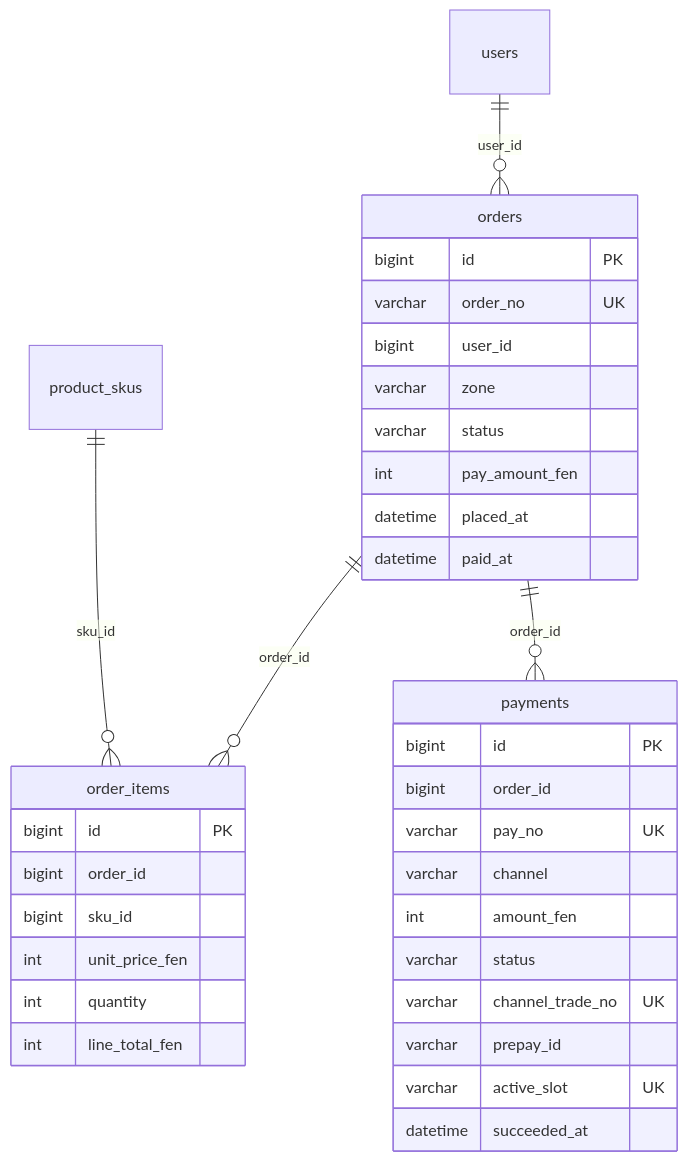
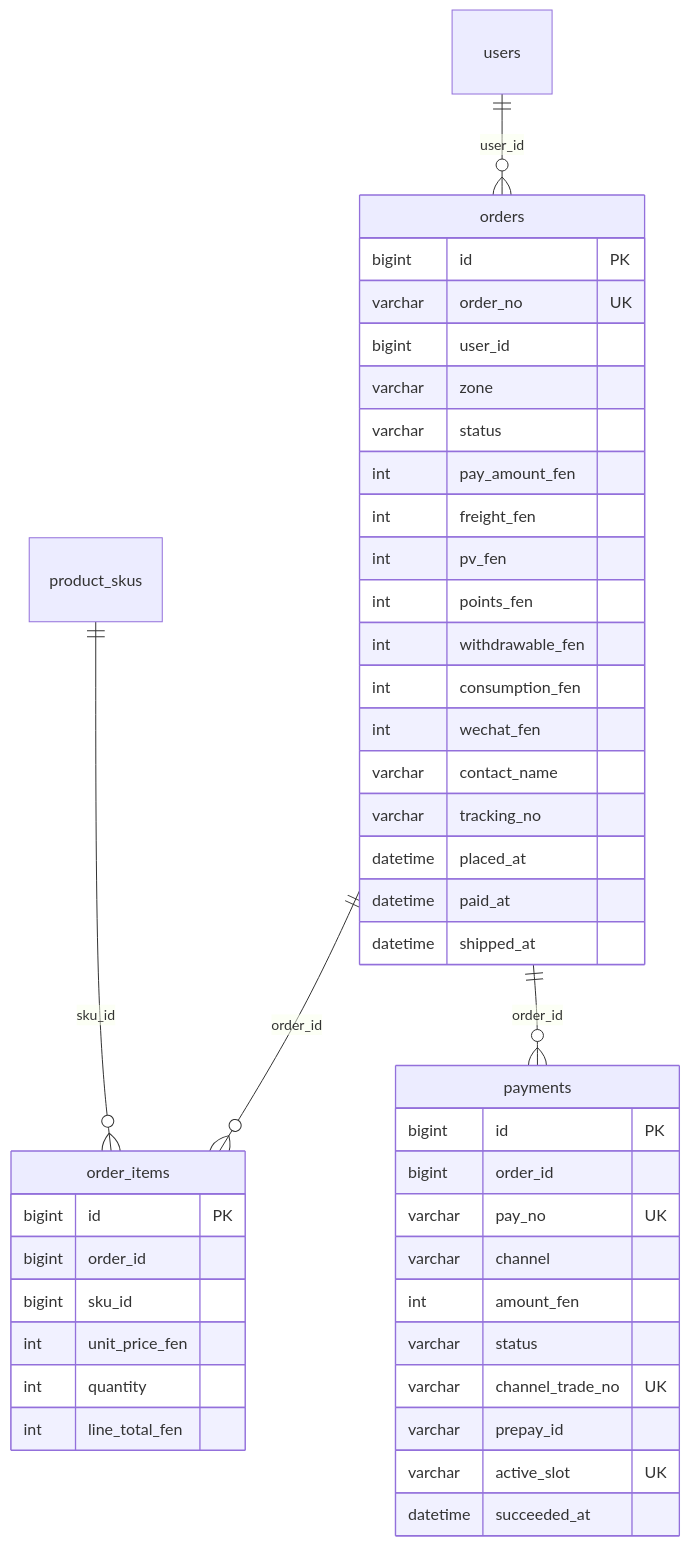
The third of 7 diagrams in docs/er.md (songyunhmiLY/aurel-mall-api), drawn with Mermaid before and after one commit. The commit also changed other lines of this file and 42 other files, not shown here.

````diff
--- a/docs/er.md
+++ b/docs/er.md
@@ -129,38 +131,47 @@
 ```mermaid
 erDiagram
   users ||--o{ orders : "user_id"
   orders ||--o{ order_items : "order_id"
   product_skus ||--o{ order_items : "sku_id"
   orders ||--o{ payments : "order_id"
 
   orders {
     bigint id PK
     varchar order_no UK
     bigint user_id
     varchar zone
     varchar status
     int pay_amount_fen
+    int freight_fen
+    int pv_fen
+    int points_fen
+    int withdrawable_fen
+    int consumption_fen
+    int wechat_fen
+    varchar contact_name
+    varchar tracking_no
     datetime placed_at
     datetime paid_at
+    datetime shipped_at
   }
   order_items {
     bigint id PK
     bigint order_id
     bigint sku_id
     int unit_price_fen
     int quantity
     int line_total_fen
   }
   payments {
     bigint id PK
     bigint order_id
     varchar pay_no UK
     varchar channel
     int amount_fen
     varchar status
     varchar channel_trade_no UK
     varchar prepay_id
     varchar active_slot UK
     datetime succeeded_at
   }
 ```
````
